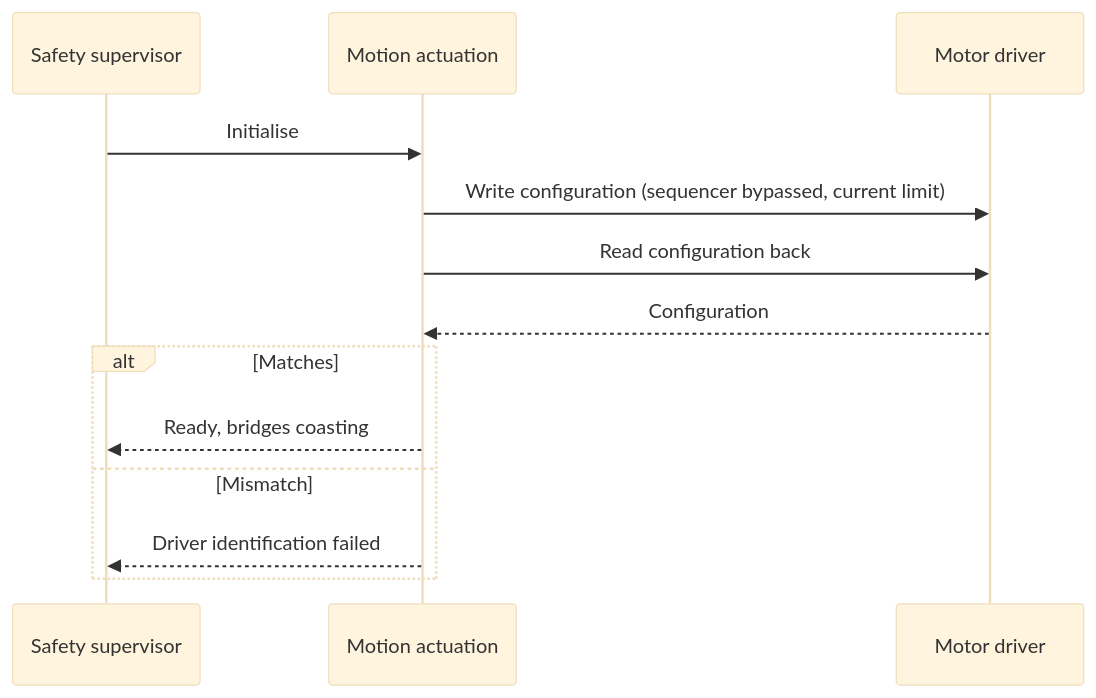
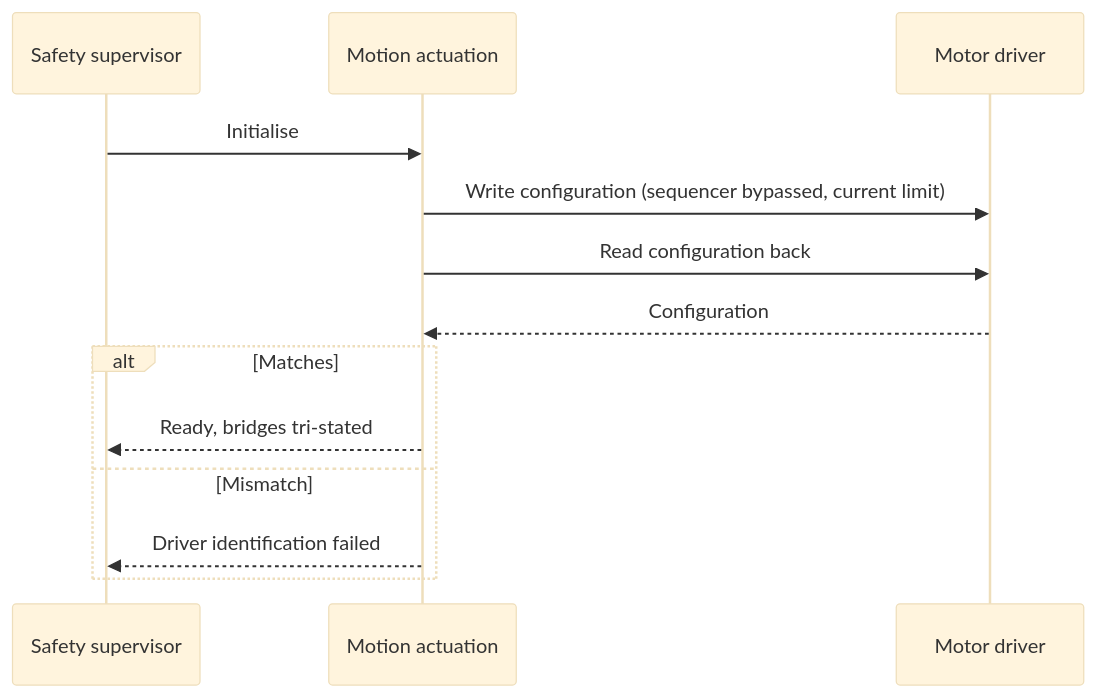
Before and after one commit to embedded-pro/e-Inverted-pendulum-bot: the second of 4 diagrams in documentation/design/motion-actuation.md, drawn with Mermaid (base theme). The commit also changed other lines of this file and 12 other files, not shown here.

````diff
--- a/documentation/design/motion-actuation.md
+++ b/documentation/design/motion-actuation.md
@@ -190,16 +190,16 @@
 ```mermaid
 sequenceDiagram
     participant Sup as Safety supervisor
     participant Act as Motion actuation
     participant Drv as Motor driver
 
     Sup->>Act: Initialise
     Act->>Drv: Write configuration (sequencer bypassed, current limit)
     Act->>Drv: Read configuration back
     Drv-->>Act: Configuration
     alt Matches
-        Act-->>Sup: Ready, bridges coasting
+        Act-->>Sup: Ready, bridges tri-stated
     else Mismatch
         Act-->>Sup: Driver identification failed
     end
 ```
````
